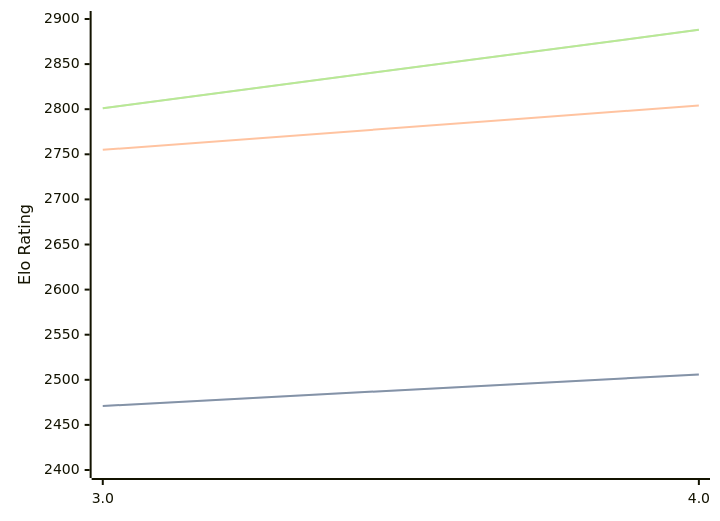
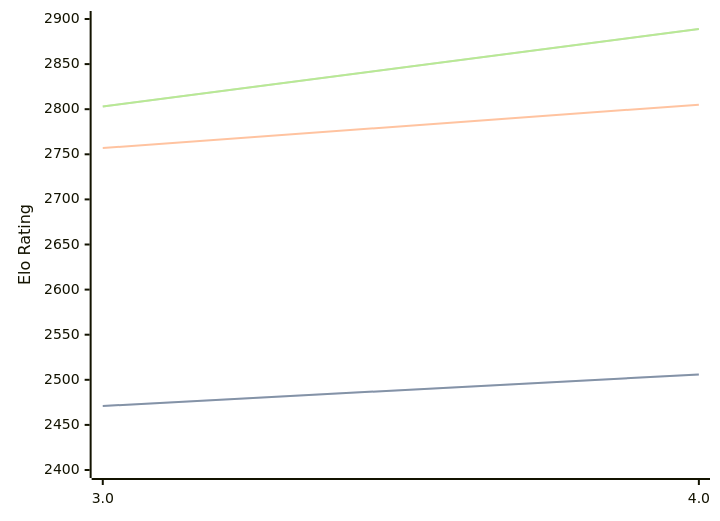
Before and after one commit to computer-chess-index/cci: the diagram in engines/Chess3.md, drawn with Mermaid. The commit also changed other lines of this file, not shown here.

Commit message:
Update CCI Ratings (ELO VLTC) - 2026-09-13

````diff
--- a/engines/Chess3.md
+++ b/engines/Chess3.md
@@ -32,11 +32,11 @@
 ```mermaid
 %%{init: {"theme":"base","themeVariables":{"seriesColors:['#a3a3a3','#222221','#faa371']}}}%%
 xychart-beta
   x-axis ["3.0", "4.0"]
   y-axis "Elo Rating" 2400 --> 2900
   line "" [2471, 2506]
   line "STC (8.0+0.08s)" [2471, 2506]
-  line "LTC (60.0+0.60s)" [2755, 2804]
-  line "" [2801, 2888]
-  line "VLTC (2m24s+1.12s)" [2801, 2888]
+  line "LTC (60.0+0.60s)" [2757, 2805]
+  line "" [2803, 2889]
+  line "VLTC (2m24s+1.12s)" [2803, 2889]
 ```
````
